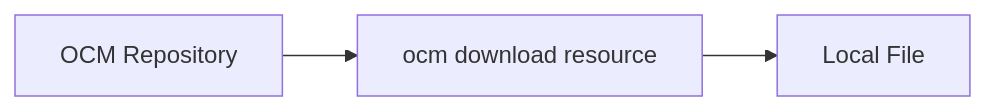
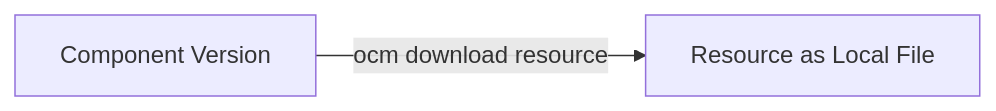
One commit to open-component-model/ocm-website changed the diagram in content/docs/how-to/download-resources-from-component-versions.md. Above: the diagram before and after it, drawn with Mermaid. The commit also changed other lines of this file and 4 other files, not shown here.

````diff
--- a/content/docs/how-to/download-resources-from-component-versions.md
+++ b/content/docs/how-to/download-resources-from-component-versions.md
@@ -20,4 +21,4 @@
 ```mermaid
 flowchart LR
-    A[OCM Repository] --> B[ocm download resource] --> C[Local File]
+    A[Component Version] -- "ocm download resource" --> B[Resource as Local File]
 ```
````
